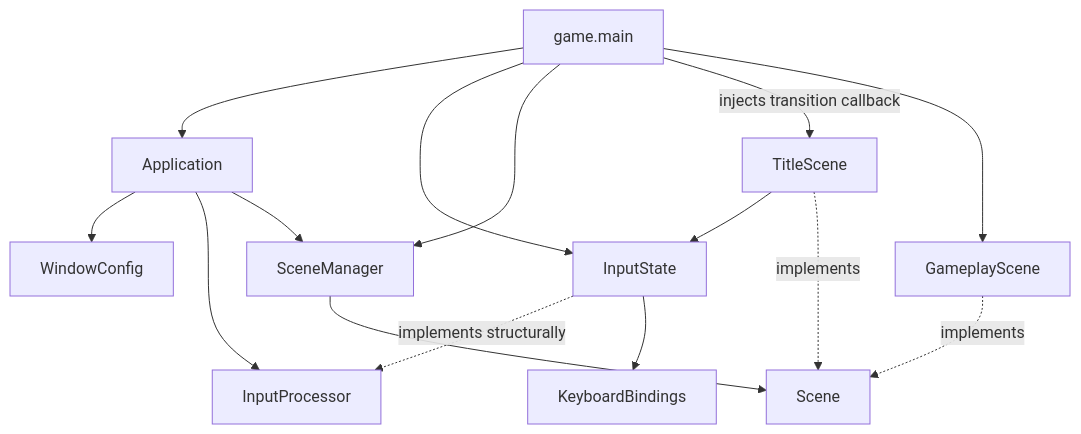
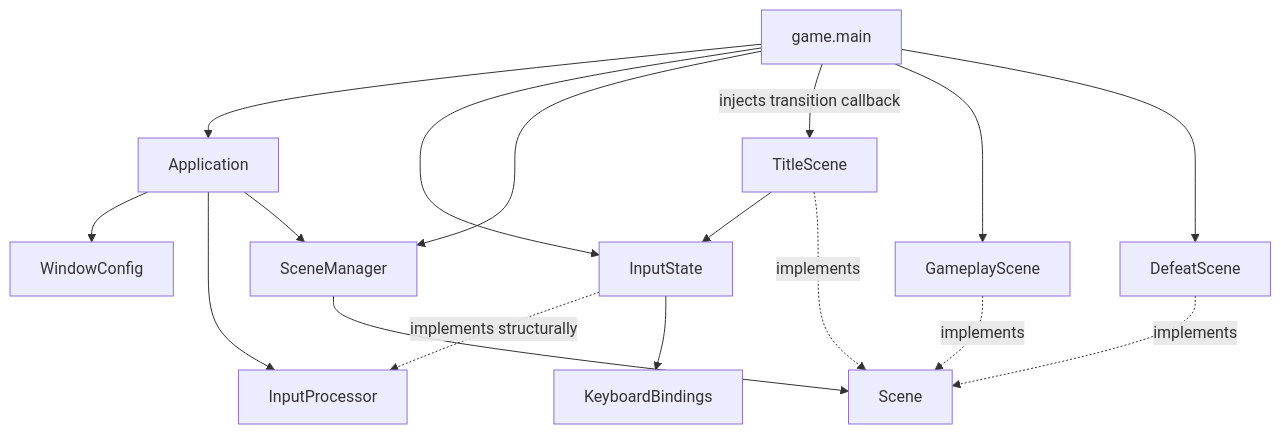
One commit to VincentMardon/my_first_adventure_game changed the first of 3 diagrams in docs/architecture/overview.md. Above: the diagram before and after it, drawn with Mermaid. The commit also changed other lines of this file and 9 other files, not shown here.

Commit message:
feat(scene):add player defeat screen

````diff
--- a/docs/architecture/overview.md
+++ b/docs/architecture/overview.md
@@ -178,31 +181,34 @@
 ```mermaid
 flowchart TD
     GameMain["game.main"]
     Application["Application"]
     WindowConfig["WindowConfig"]
     InputProcessor["InputProcessor"]
     InputState["InputState"]
     KeyboardBindings["KeyboardBindings"]
     SceneManager["SceneManager"]
     Scene["Scene"]
     TitleScene["TitleScene"]
     GameplayScene["GameplayScene"]
+    DefeatScene["DefeatScene"]
 
     GameMain --> Application
     GameMain --> InputState
     GameMain --> SceneManager
     GameMain -->|"injects transition callback"| TitleScene
     GameMain --> GameplayScene
+    GameMain --> DefeatScene
 
     Application --> WindowConfig
     Application --> InputProcessor
     Application --> SceneManager
 
     TitleScene --> InputState
 
     InputState -. "implements structurally" .-> InputProcessor
     InputState --> KeyboardBindings
     SceneManager --> Scene
     TitleScene -. "implements" .-> Scene
     GameplayScene -. "implements" .-> Scene
+    DefeatScene -. "implements" .-> Scene
 ```
````
